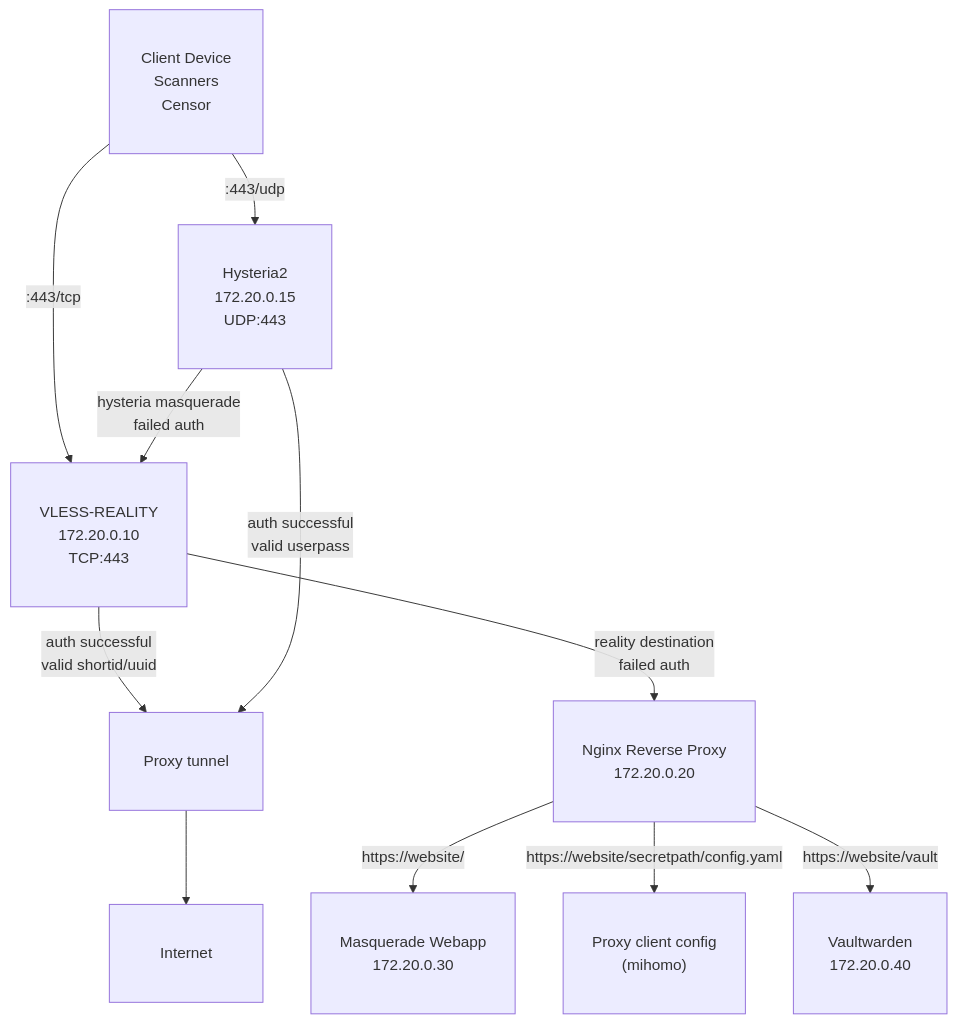
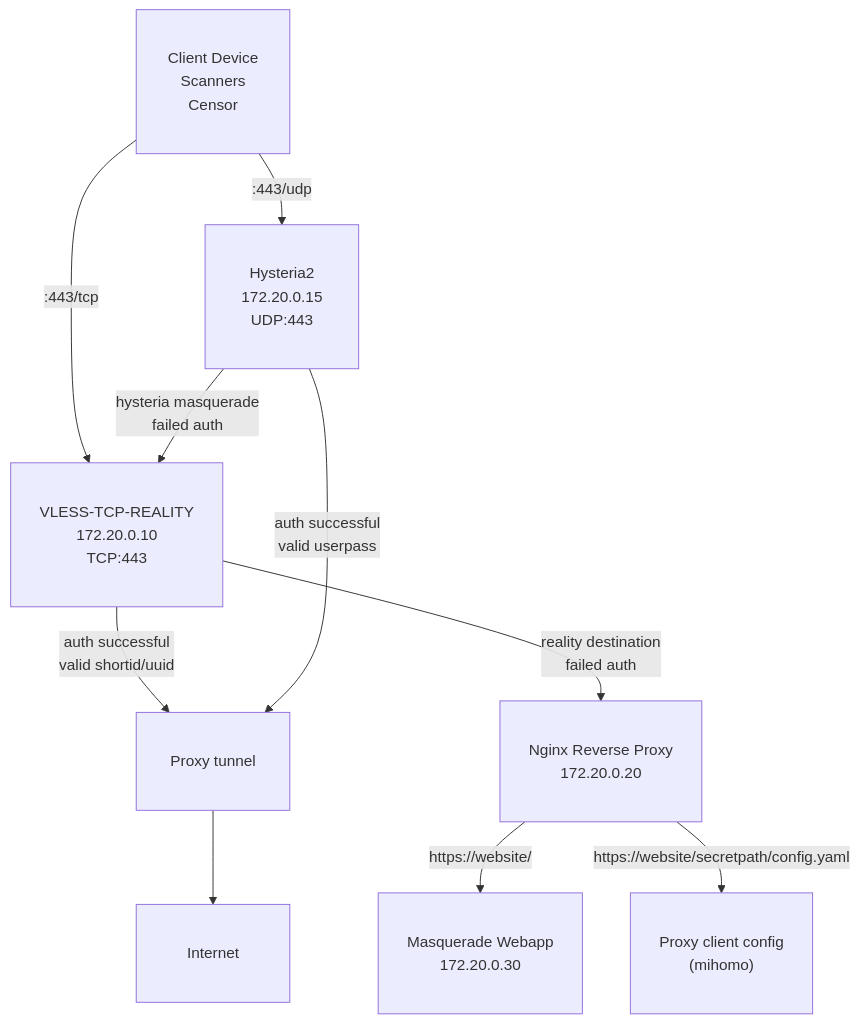
Before and after one commit to vargalott/cheburnet: the first of 2 diagrams in README.md, drawn with Mermaid. The commit also changed other lines of this file, not shown here.

````diff
--- a/README.md
+++ b/README.md
@@ -63,34 +65,32 @@
 ```mermaid
 flowchart TD
   classDef wide padding:100px
 
   %% Blocks
   CLIENT["Client Device\nScanners\nCensor"]:::wide
 
-  TCP443["VLESS-REALITY\n172.20.0.10\nTCP:443"]:::wide
-  UDP443["Hysteria2\n172.20.0.15\nUDP:443"]:::wide
+  PROXY-CORE-TCP443["VLESS-TCP-REALITY\n172.20.0.10\nTCP:443"]:::wide
+  HYSTERIA-UDP443["Hysteria2\n172.20.0.15\nUDP:443"]:::wide
 
   NGINX["Nginx Reverse Proxy\n172.20.0.20"]:::wide
   MASQ["Masquerade Webapp\n172.20.0.30"]:::wide
   CONFIG["Proxy client config\n(mihomo)"]:::wide
-  VAULT["Vaultwarden\n172.20.0.40"]:::wide
-
+  
   TUNNEL["Proxy tunnel"]:::wide
   INTERNET["Internet"]:::wide
 
   %% Flows
-  CLIENT -->|:443/tcp| TCP443
-  CLIENT -->|:443/udp| UDP443
+  CLIENT -->|:443/tcp| PROXY-CORE-TCP443
+  CLIENT -->|:443/udp| HYSTERIA-UDP443
 
-  TCP443 -->|auth successful\nvalid shortid/uuid| TUNNEL
-  UDP443 -->|auth successful\nvalid userpass| TUNNEL
+  PROXY-CORE-TCP443 -->|auth successful\nvalid shortid/uuid| TUNNEL
+  HYSTERIA-UDP443 -->|auth successful\nvalid userpass| TUNNEL
 
-  TCP443 -->|reality destination\nfailed auth| NGINX
-  UDP443 -->|hysteria masquerade\nfailed auth| TCP443
+  PROXY-CORE-TCP443 -->|reality destination\nfailed auth| NGINX
+  HYSTERIA-UDP443 -->|hysteria masquerade\nfailed auth| PROXY-CORE-TCP443
 
   NGINX -->|https://website/| MASQ
   NGINX -->|https://website/secretpath/config.yaml| CONFIG
-  NGINX -->|https://website/vault| VAULT
 
   TUNNEL --> INTERNET
 ```
````
